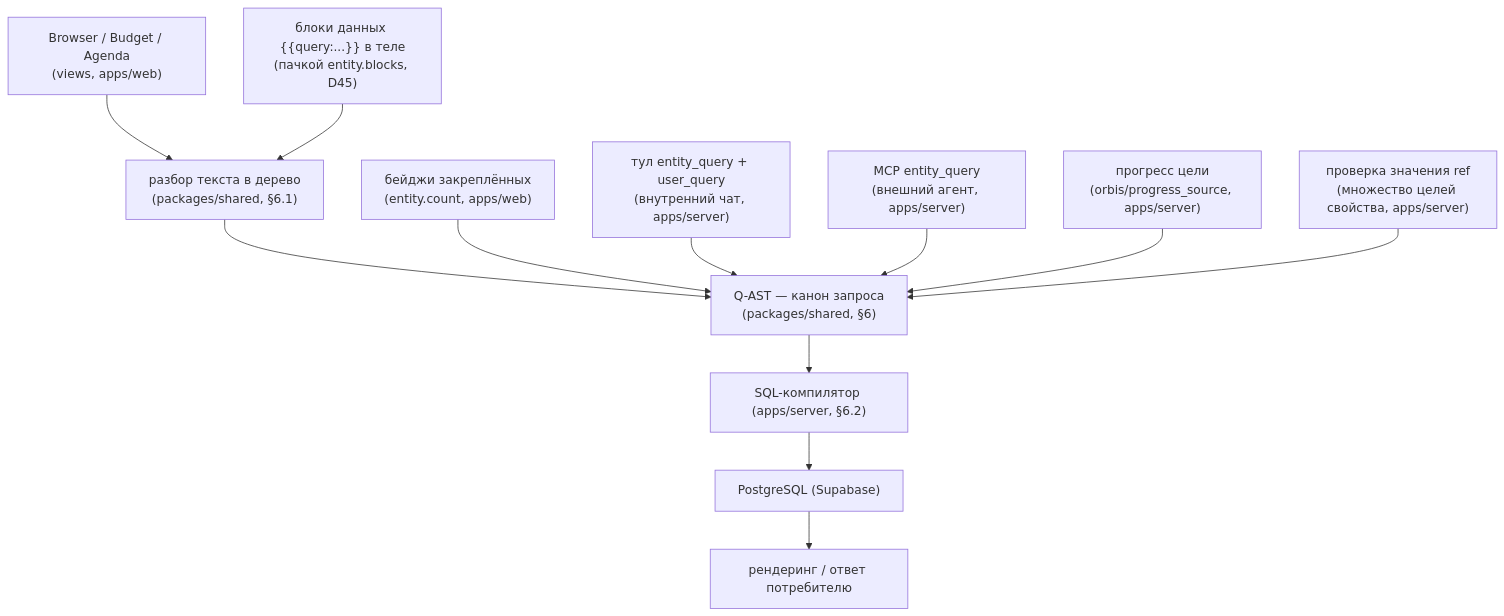
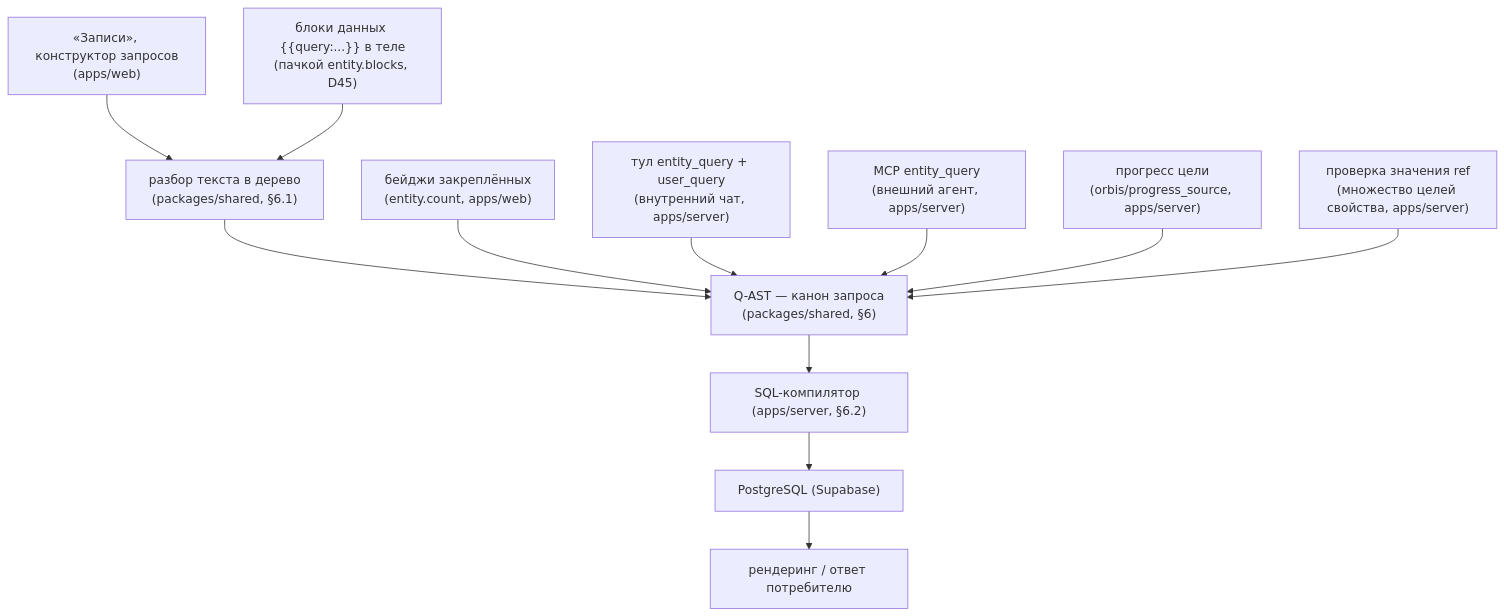
One commit to qvenge/orbis changed the third of 8 diagrams in docs/implementation/00-architecture.md. Above: the diagram before and after it, drawn with Mermaid. The commit also changed other lines of this file and 21 other files, not shown here.

````diff
--- a/docs/implementation/00-architecture.md
+++ b/docs/implementation/00-architecture.md
@@ -206,23 +242,23 @@
 ```mermaid
 flowchart TD
-    Browser["Browser / Budget / Agenda\n(views, apps/web)"]
+    Browser["«Записи», конструктор запросов\n(apps/web)"]
     BodyQuery["блоки данных {{query:...}} в теле\n(пачкой entity.blocks, D45)"]
     Badges["бейджи закреплённых\n(entity.count, apps/web)"]
     AIEntityQuery["тул entity_query + user_query\n(внутренний чат, apps/server)"]
     MCPEntityQuery["MCP entity_query\n(внешний агент, apps/server)"]
     Goals["прогресс цели\n(orbis/progress_source, apps/server)"]
     RefCheck["проверка значения ref\n(множество целей свойства, apps/server)"]
 
     Browser --> Text
     BodyQuery --> Text
     Text["разбор текста в дерево\n(packages/shared, §6.1)"] --> Ast
     Badges --> Ast
     AIEntityQuery --> Ast
     MCPEntityQuery --> Ast
     Goals --> Ast
     RefCheck --> Ast
 
     Ast["Q-AST — канон запроса\n(packages/shared, §6)"] --> SQLCompiler["SQL-компилятор (apps/server, §6.2)"]
     SQLCompiler --> Postgres["PostgreSQL (Supabase)"]
     Postgres --> Render["рендеринг / ответ потребителю"]
 ```
````
